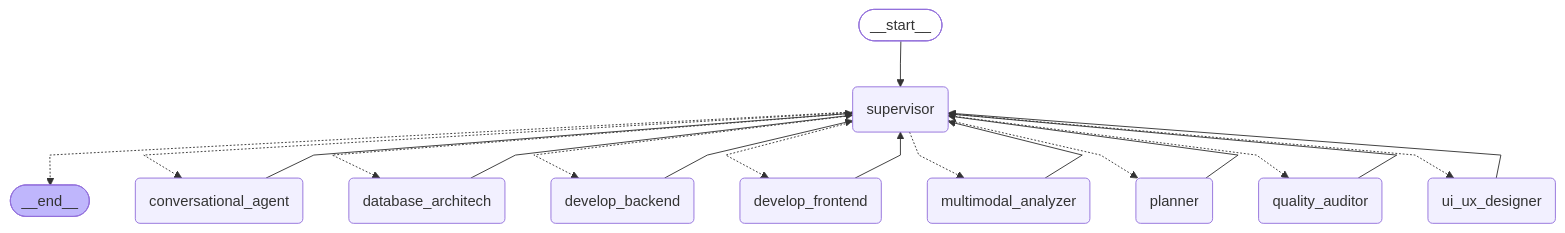
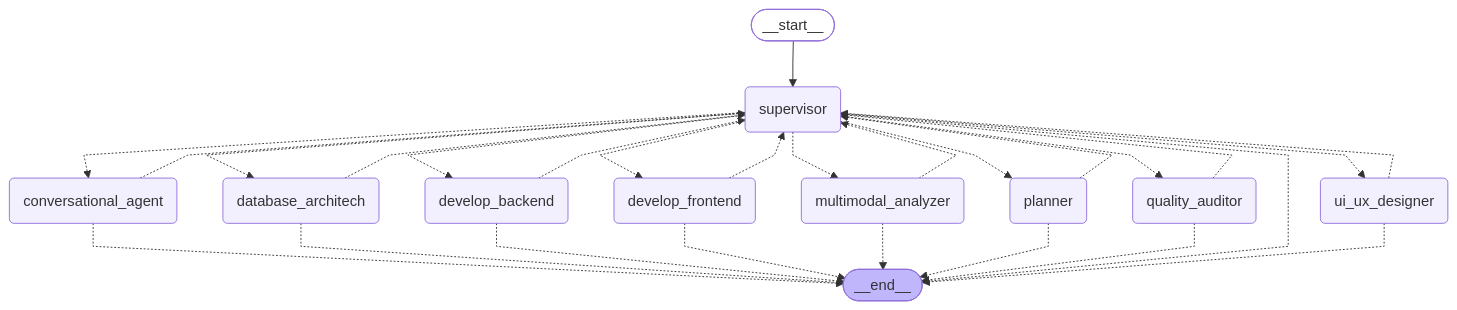
The diagram in diagrama_definicion.md (MarDamian/Dev-Team-MultiAgent-Systmem-for-Develop), drawn with Mermaid before and after one commit. The commit also changed 41 other files, not shown here.

Commit message:
Ajuste para controlar las iteraciones con el suepercisor para tener un limite de iteraciones, se ajuto tambien el workflow para tiene ma conrtol sobre la finalizacion de flujos, se anexan los diagramas de comportamiento y comunicacion entre agentes

````diff
--- a/diagrama_definicion.md
+++ b/diagrama_definicion.md
@@ -1,41 +1,49 @@
 ```mermaid
 ---
 config:
   flowchart:
     curve: linear
 ---
 graph TD;
 	__start__([<p>__start__</p>]):::first
 	supervisor(supervisor)
 	conversational_agent(conversational_agent)
 	multimodal_analyzer(multimodal_analyzer)
 	ui_ux_designer(ui_ux_designer)
 	planner(planner)
 	develop_backend(develop_backend)
 	develop_frontend(develop_frontend)
 	quality_auditor(quality_auditor)
 	database_architech(database_architech)
 	__end__([<p>__end__</p>]):::last
 	__start__ --> supervisor;
-	conversational_agent --> supervisor;
-	database_architech --> supervisor;
-	develop_backend --> supervisor;
-	develop_frontend --> supervisor;
-	multimodal_analyzer --> supervisor;
-	planner --> supervisor;
-	quality_auditor --> supervisor;
+	conversational_agent -.-> __end__;
+	conversational_agent -.-> supervisor;
+	database_architech -.-> __end__;
+	database_architech -.-> supervisor;
+	develop_backend -.-> __end__;
+	develop_backend -.-> supervisor;
+	develop_frontend -.-> __end__;
+	develop_frontend -.-> supervisor;
+	multimodal_analyzer -.-> __end__;
+	multimodal_analyzer -.-> supervisor;
+	planner -.-> __end__;
+	planner -.-> supervisor;
+	quality_auditor -.-> __end__;
+	quality_auditor -.-> supervisor;
 	supervisor -.-> __end__;
 	supervisor -.-> conversational_agent;
 	supervisor -.-> database_architech;
 	supervisor -.-> develop_backend;
 	supervisor -.-> develop_frontend;
 	supervisor -.-> multimodal_analyzer;
 	supervisor -.-> planner;
 	supervisor -.-> quality_auditor;
 	supervisor -.-> ui_ux_designer;
-	ui_ux_designer --> supervisor;
+	ui_ux_designer -.-> __end__;
+	ui_ux_designer -.-> supervisor;
 	classDef default fill:#f2f0ff,line-height:1.2
 	classDef first fill-opacity:0
 	classDef last fill:#bfb6fc
 
 ```
````
